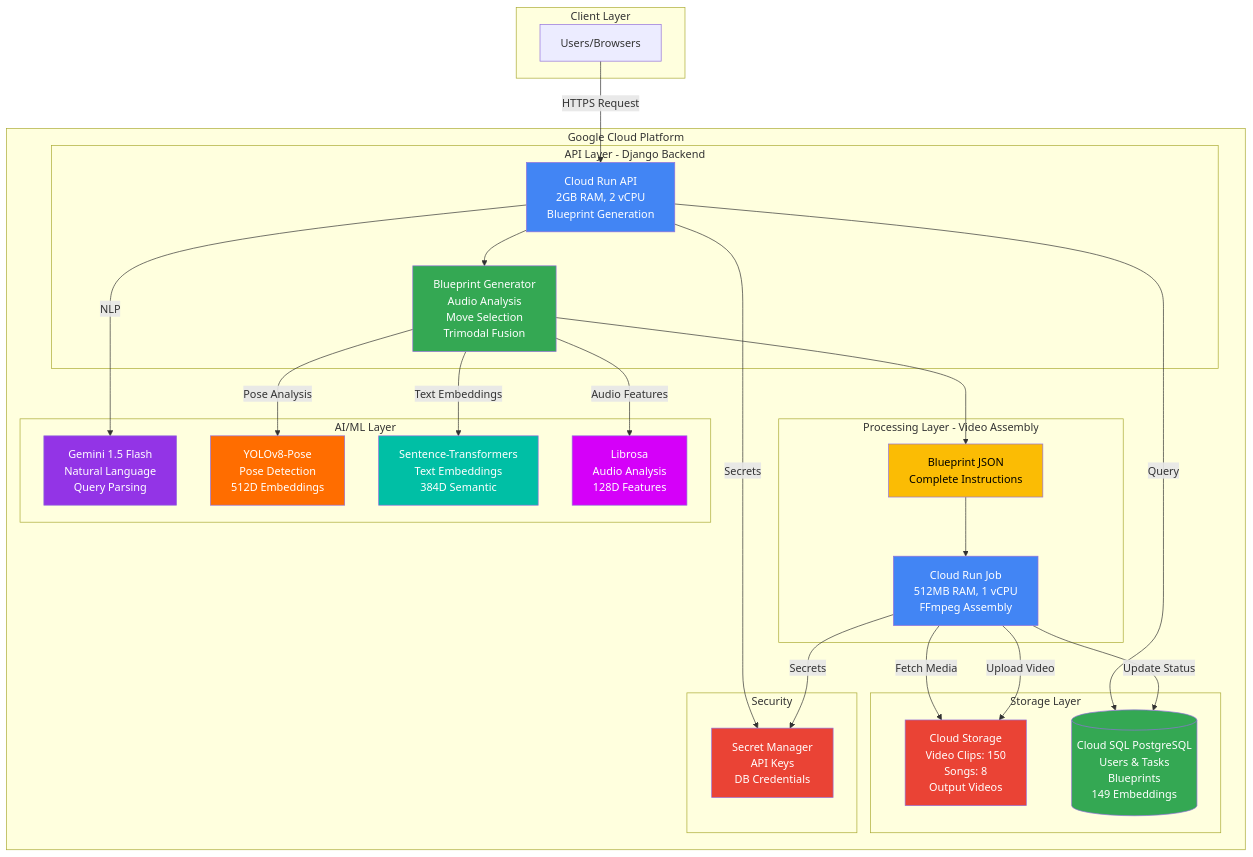
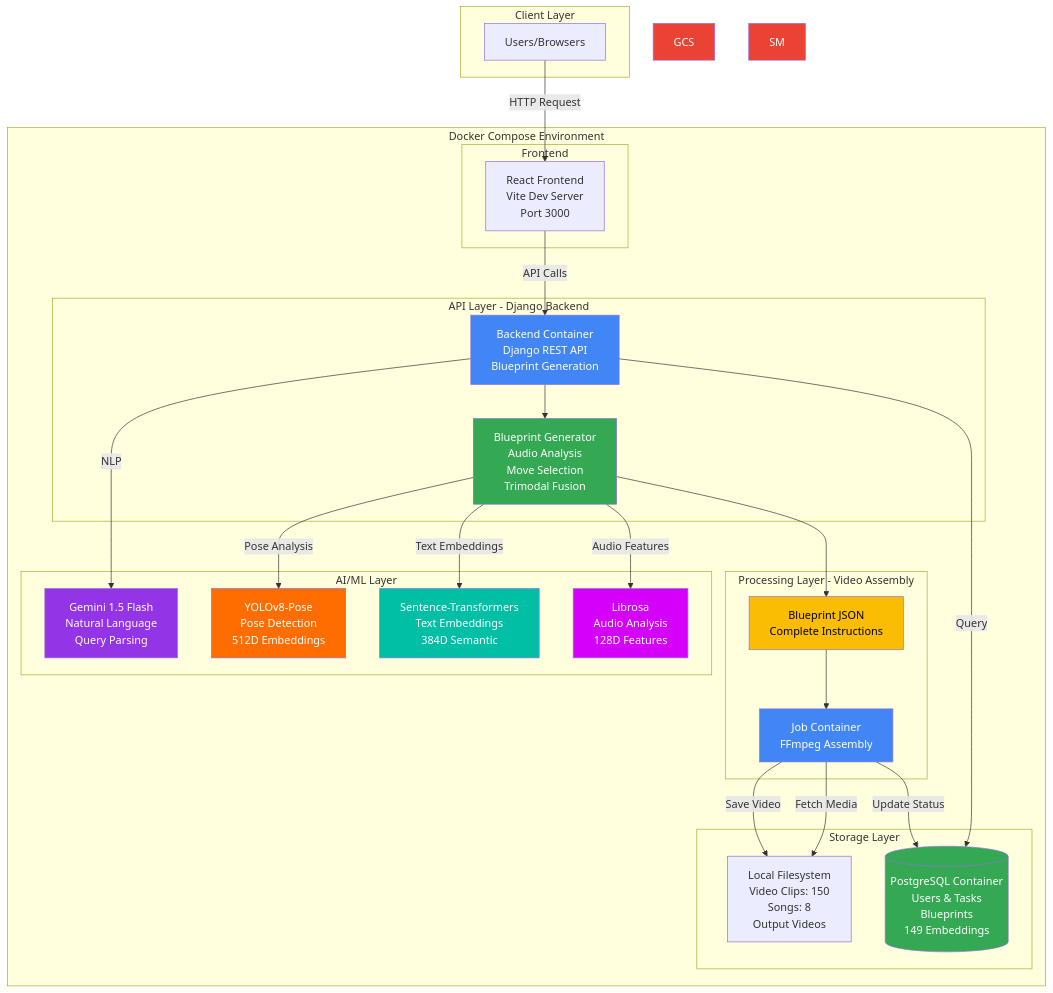
The second of 3 diagrams in README.md (erickrex/bachata_buddy), drawn with Mermaid before and after one commit. The commit also changed other lines of this file and 61 other files, not shown here.

````diff
--- a/README.md
+++ b/README.md
@@ -760,61 +1066,60 @@
 ```mermaid
 graph TB
     subgraph "Client Layer"
         U[Users/Browsers]
     end
     
-    subgraph "Google Cloud Platform"
+    subgraph "Docker Compose Environment"
         subgraph "API Layer - Django Backend"
-            API[Cloud Run API<br/>2GB RAM, 2 vCPU<br/>Blueprint Generation]
+            API[Backend Container<br/>Django REST API<br/>Blueprint Generation]
             BG[Blueprint Generator<br/>Audio Analysis<br/>Move Selection<br/>Trimodal Fusion]
             API --> BG
         end
         
         subgraph "Processing Layer - Video Assembly"
-            JOB[Cloud Run Job<br/>512MB RAM, 1 vCPU<br/>FFmpeg Assembly]
+            JOB[Job Container<br/>FFmpeg Assembly]
             BP[Blueprint JSON<br/>Complete Instructions]
             BG --> BP
             BP --> JOB
         end
         
         subgraph "Storage Layer"
-            GCS[Cloud Storage<br/>Video Clips: 150<br/>Songs: 8<br/>Output Videos]
-            SQL[(Cloud SQL PostgreSQL<br/>Users & Tasks<br/>Blueprints<br/>149 Embeddings)]
+            FS[Local Filesystem<br/>Video Clips: 150<br/>Songs: 8<br/>Output Videos]
+            SQL[(PostgreSQL Container<br/>Users & Tasks<br/>Blueprints<br/>149 Embeddings)]
         end
         
         subgraph "AI/ML Layer"
             GEMINI[Gemini 1.5 Flash<br/>Natural Language<br/>Query Parsing]
             YOLO[YOLOv8-Pose<br/>Pose Detection<br/>512D Embeddings]
             ST[Sentence-Transformers<br/>Text Embeddings<br/>384D Semantic]
             LIB[Librosa<br/>Audio Analysis<br/>128D Features]
         end
         
-        subgraph "Security"
-            SM[Secret Manager<br/>API Keys<br/>DB Credentials]
+        subgraph "Frontend"
+            FE[React Frontend<br/>Vite Dev Server<br/>Port 3000]
         end
     end
     
-    U -->|HTTPS Request| API
+    U -->|HTTP Request| FE
+    FE -->|API Calls| API
     API -->|Query| SQL
     API -->|NLP| GEMINI
     BG -->|Pose Analysis| YOLO
     BG -->|Text Embeddings| ST
     BG -->|Audio Features| LIB
-    JOB -->|Fetch Media| GCS
+    JOB -->|Fetch Media| FS
     JOB -->|Update Status| SQL
-    JOB -->|Upload Video| GCS
-    API -->|Secrets| SM
-    JOB -->|Secrets| SM
+    JOB -->|Save Video| FS
     
     style API fill:#4285f4,color:#fff
     style JOB fill:#4285f4,color:#fff
     style BG fill:#34a853,color:#fff
     style BP fill:#fbbc04,color:#000
     style SQL fill:#34a853,color:#fff
     style GCS fill:#ea4335,color:#fff
     style GEMINI fill:#9334e6,color:#fff
     style YOLO fill:#ff6d00,color:#fff
     style ST fill:#00bfa5,color:#fff
     style LIB fill:#d500f9,color:#fff
     style SM fill:#ea4335,color:#fff
 ```
````
